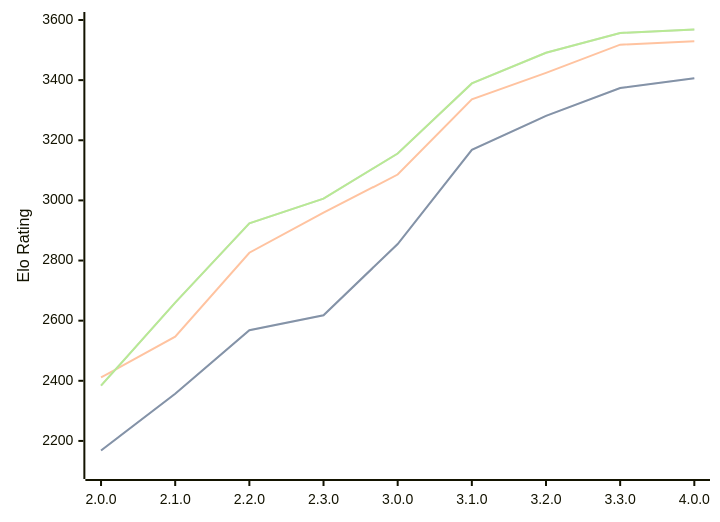
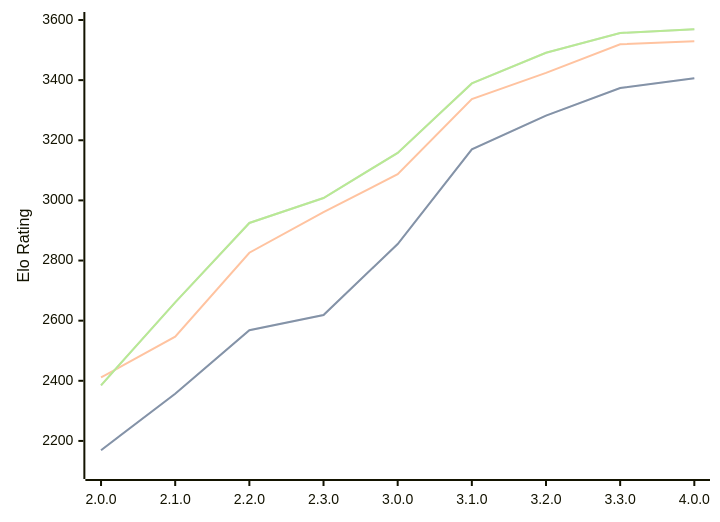
One commit to computer-chess-index/cci changed the diagram in engines/Raphael.md. Above: the diagram before and after it, drawn with Mermaid. The commit also changed other lines of this file, not shown here.

Commit message:
Update CCI Ratings (ELO VLTC) - 2026-05-17

````diff
--- a/engines/Raphael.md
+++ b/engines/Raphael.md
@@ -51,11 +51,11 @@
 ```mermaid
 %%{init: {"theme":"base","themeVariables":{"seriesColors:['#a3a3a3','#222221','#faa371']}}}%%
 xychart-beta
   x-axis ["2.0.0", "2.1.0", "2.2.0", "2.3.0", "3.0.0", "3.1.0", "3.2.0", "3.3.0", "4.0.0"]
   y-axis "Elo Rating" 2100 --> 3600
-  line "STC (8.0+0.08s)" [2168, 2357, 2568, 2618, 2855, 3168, 3281, 3374, 3406]
-  line "STC (8.0+0.08s)" [2168, 2357, 2568, 2618, 2855, 3168, 3281, 3374, 3406]
-  line "LTC (60.0+0.60s)" [2411, 2547, 2826, 2959, 3086, 3336, 3424, 3518, 3529]
-  line "VLTC (2m24s+1.12s)" [2384, 2660, 2924, 3006, 3156, 3389, 3491, 3557, 3568]
-  line "VLTC (2m24s+1.12s)" [2384, 2660, 2924, 3006, 3156, 3389, 3491, 3557, 3568]
+  line "STC (8.0+0.08s)" [2169, 2357, 2568, 2619, 2855, 3170, 3282, 3374, 3406]
+  line "STC (8.0+0.08s)" [2169, 2357, 2568, 2619, 2855, 3170, 3282, 3374, 3406]
+  line "LTC (60.0+0.60s)" [2411, 2547, 2826, 2961, 3087, 3337, 3424, 3519, 3529]
+  line "VLTC (2m24s+1.12s)" [2385, 2661, 2925, 3008, 3158, 3389, 3491, 3557, 3569]
+  line "VLTC (2m24s+1.12s)" [2385, 2661, 2925, 3008, 3158, 3389, 3491, 3557, 3569]
 ```
````
